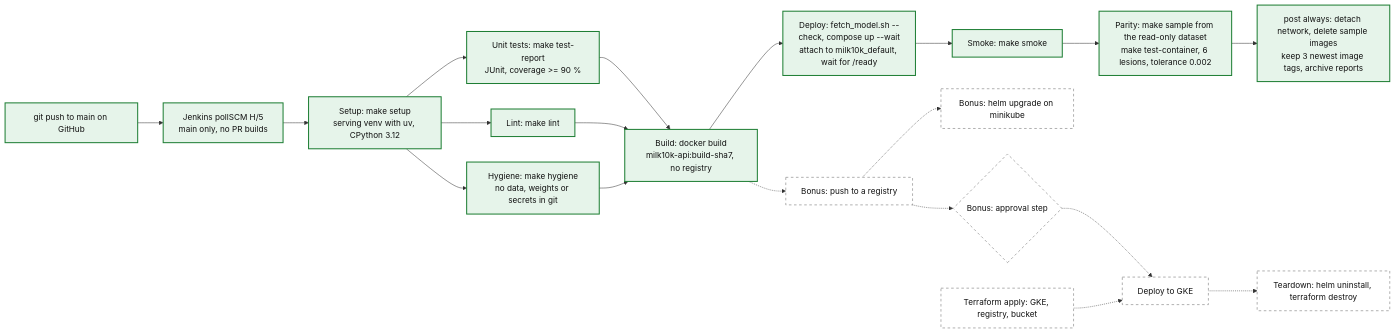
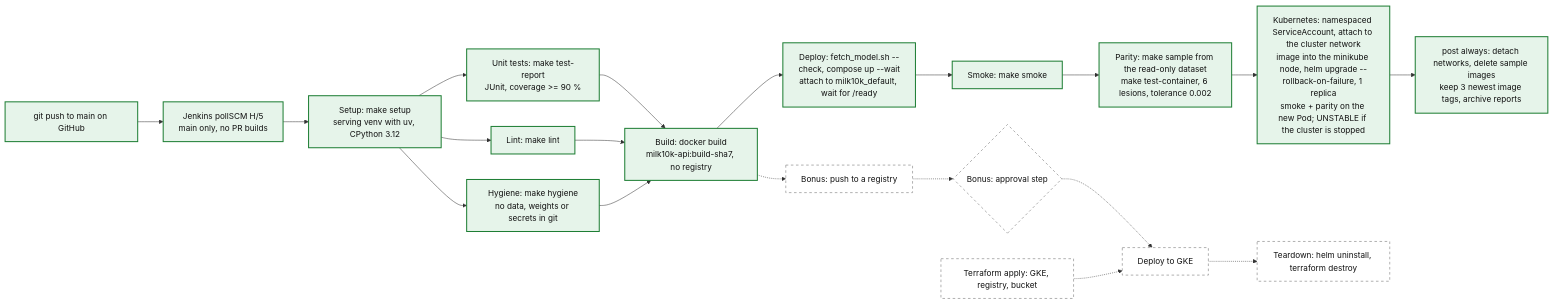
The third of 5 diagrams in docs/architecture.md (Yogurt01/milk10k-skin-lesion-mlops), drawn with Mermaid before and after one commit. The commit also changed other lines of this file and 3 other files, not shown here.

Commit message:
Document the Jenkins deploy to the local Kubernetes cluster

````diff
--- a/docs/architecture.md
+++ b/docs/architecture.md
@@ -217,26 +217,26 @@
 ```mermaid
 flowchart LR
     push["git push to main on GitHub"] --> poll["Jenkins pollSCM H/5<br/>main only, no PR builds"]
     poll --> setup["Setup: make setup<br/>serving venv with uv, CPython 3.12"]
     setup --> tests["Unit tests: make test-report<br/>JUnit, coverage >= 90 %"]
     setup --> lint["Lint: make lint"]
     setup --> hyg["Hygiene: make hygiene<br/>no data, weights or secrets in git"]
     tests --> build["Build: docker build<br/>milk10k-api:build-sha7, no registry"]
     lint --> build
     hyg --> build
     build --> deploy["Deploy: fetch_model.sh --check, compose up --wait<br/>attach to milk10k_default, wait for /ready"]
     deploy --> smoke["Smoke: make smoke"]
     smoke --> parity["Parity: make sample from the read-only dataset<br/>make test-container, 6 lesions, tolerance 0.002"]
-    parity --> post["post always: detach network, delete sample images<br/>keep 3 newest image tags, archive reports"]
+    parity --> k8s["Kubernetes: namespaced ServiceAccount, attach to the cluster network<br/>image into the minikube node, helm upgrade --rollback-on-failure, 1 replica<br/>smoke + parity on the new Pod; UNSTABLE if the cluster is stopped"]
+    k8s --> post["post always: detach networks, delete sample images<br/>keep 3 newest image tags, archive reports"]
     build -.-> pushimg["Bonus: push to a registry"]
-    pushimg -.-> helm["Bonus: helm upgrade on minikube"]
     pushimg -.-> approve{"Bonus: approval step"}
     approve -.-> gkedeploy["Deploy to GKE"]
     tfapply["Terraform apply: GKE, registry, bucket"] -.-> gkedeploy
     gkedeploy -.-> teardown["Teardown: helm uninstall, terraform destroy"]
 
     classDef implemented fill:#e6f4ea,stroke:#1e7e34,stroke-width:2px,color:#111111
     classDef planned fill:#ffffff,stroke:#666666,stroke-width:1px,stroke-dasharray:5 5,color:#111111
-    class push,poll,setup,tests,lint,hyg,build,deploy,smoke,parity,post implemented
-    class pushimg,helm,approve,gkedeploy,tfapply,teardown planned
+    class push,poll,setup,tests,lint,hyg,build,deploy,smoke,parity,k8s,post implemented
+    class pushimg,approve,gkedeploy,tfapply,teardown planned
 ```
````
